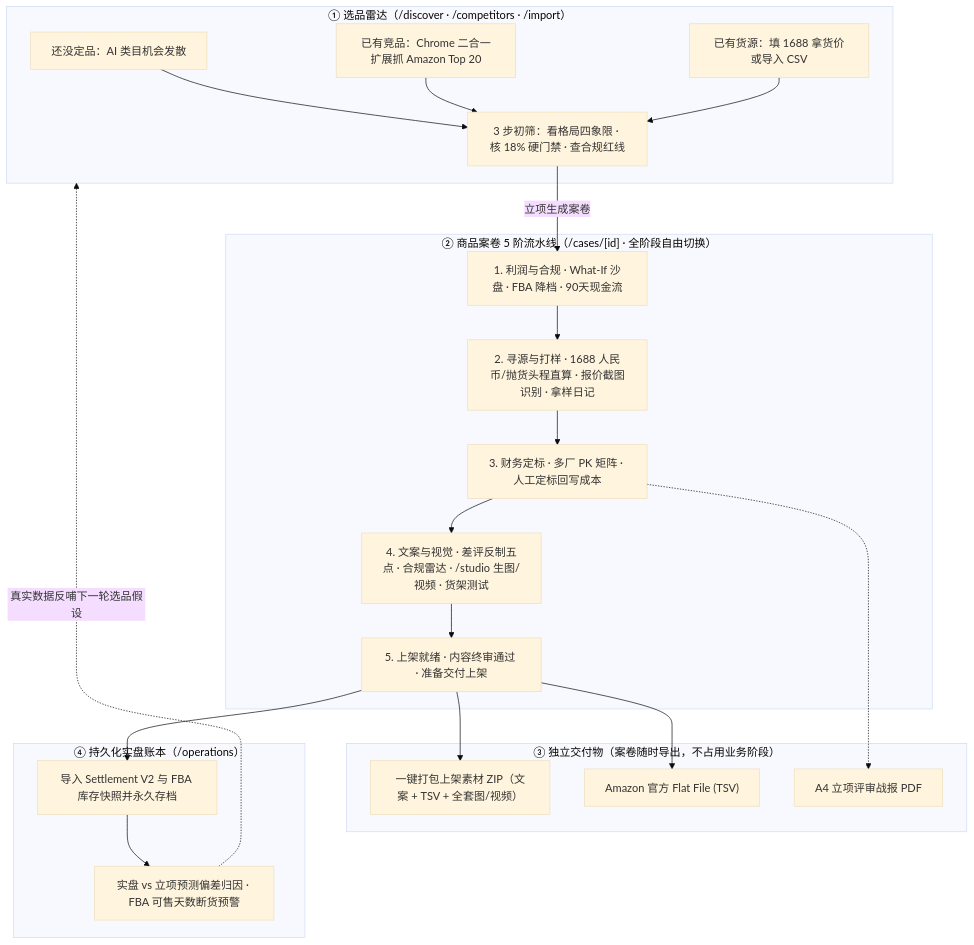
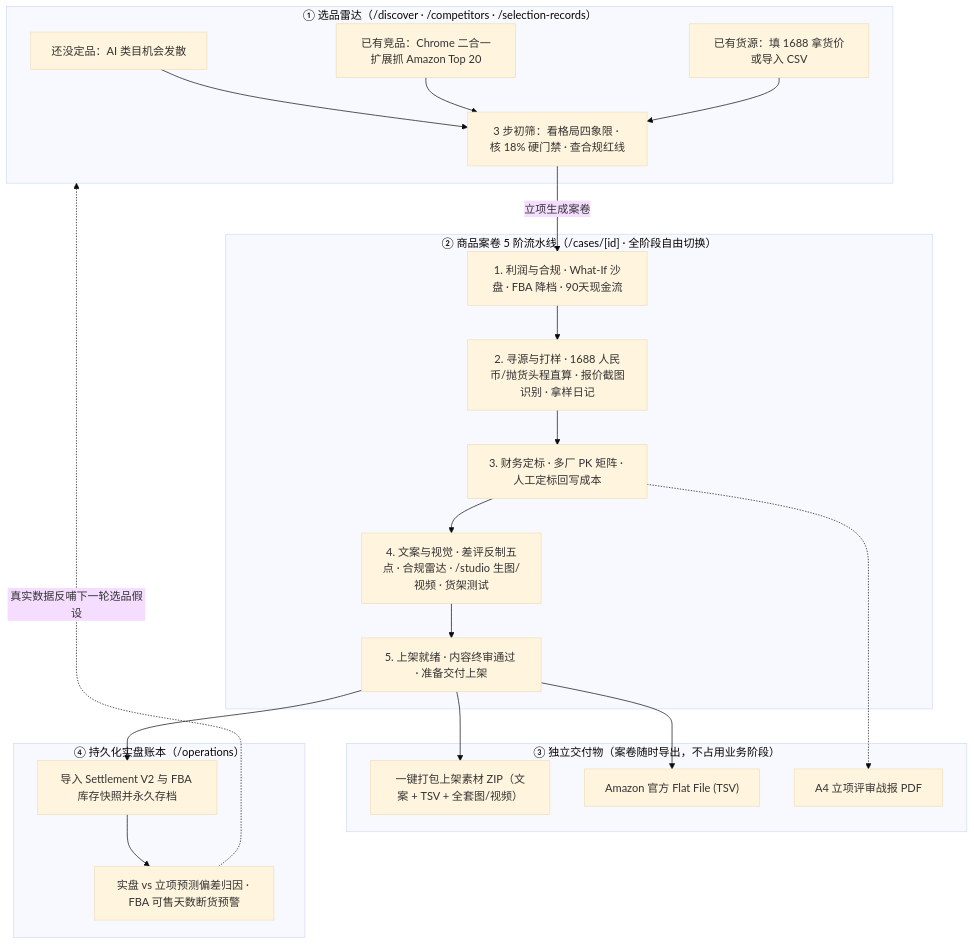
The diagram in README.md (BeyChan/AITrade), drawn with Mermaid (base theme) before and after one commit. The commit also changed other lines of this file and 5 other files, not shown here.

Commit message:
feat(selection-records): 侧栏新增选品记录页并迁移全部选品记录，移除独立CSV侧栏入口

````diff
--- a/README.md
+++ b/README.md
@@ -16,40 +16,40 @@
 ```mermaid
 flowchart TD
-    subgraph S1["① 选品雷达（/discover · /competitors · /import）"]
+    subgraph S1["① 选品雷达（/discover · /competitors · /selection-records）"]
         A1["还没定品：AI 类目机会发散"]
         A2["已有竞品：Chrome 二合一扩展抓 Amazon Top 20"]
         A3["已有货源：填 1688 拿货价或导入 CSV"]
         A4["3 步初筛：看格局四象限 · 核 18% 硬门禁 · 查合规红线"]
         A1 --> A4
         A2 --> A4
         A3 --> A4
     end
 
     subgraph S2["② 商品案卷 5 阶流水线（/cases/[id] · 全阶段自由切换）"]
         P1["1. 利润与合规 · What-If 沙盘 · FBA 降档 · 90天现金流"]
         P2["2. 寻源与打样 · 1688 人民币/抛货头程直算 · 报价截图识别 · 拿样日记"]
         P3["3. 财务定标 · 多厂 PK 矩阵 · 人工定标回写成本"]
         P4["4. 文案与视觉 · 差评反制五点 · 合规雷达 · /studio 生图/视频 · 货架测试"]
         P5["5. 上架就绪 · 内容终审通过 · 准备交付上架"]
         P1 --> P2 --> P3 --> P4 --> P5
     end
 
     subgraph S3["③ 独立交付物（案卷随时导出，不占用业务阶段）"]
         O1["一键打包上架素材 ZIP（文案 + TSV + 全套图/视频）"]
         O2["Amazon 官方 Flat File (TSV)"]
         O3["A4 立项评审战报 PDF"]
     end
 
     subgraph S4["④ 持久化实盘账本（/operations）"]
         E1["导入 Settlement V2 与 FBA 库存快照并永久存档"]
         E2["实盘 vs 立项预测偏差归因 · FBA 可售天数断货预警"]
         E1 --> E2
     end
 
     A4 -->|"立项生成案卷"| P1
     P5 --> O1
     P5 --> O2
     P3 -.-> O3
     P5 --> E1
     E2 -.->|"真实数据反哺下一轮选品假设"| S1
 ```
````
